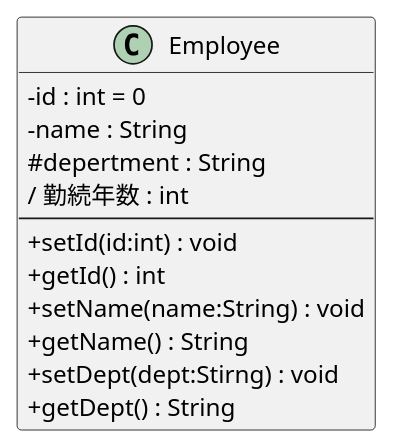
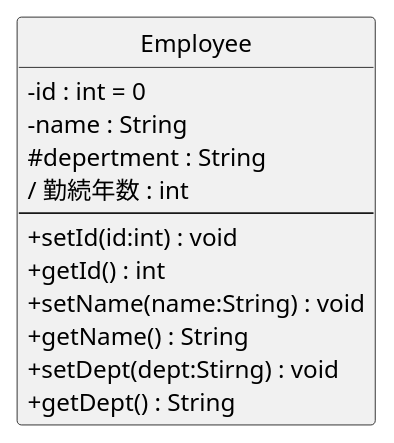
The diagram in 図3-1_クラスの種類.pu (yoshidasen/uml-introduction), drawn with PlantUML before and after one commit.

Commit message:
丸Cの消し方の追記

```diff
--- a/図3-1_クラスの種類.pu
+++ b/図3-1_クラスの種類.pu
@@ -1,39 +1,41 @@
 @startuml class
-    ' 可視性をアイコンにしないオプション
+    ' ↓可視性をアイコンにしないオプション
     skinparam classAttributeIconSize 0
-    
     ' class A <<stereotype>> {}
 
     ' class B {
     '     - 属性1 : int
     '     - 属性2 : String
     ' }
 
     ' class C {
     '     ---
     '     + 操作1() : void
     '     + 操作2() : String
     ' }
 
     ' class D {
     '     - 属性1 : int
     '     - 属性2 : String
     '     ---
     '     +操作1() : void
     '     +操作2() : String
     ' }
 
     class Employee {
         - id : int = 0
         - name : String
         # depertment : String
         / 勤続年数 : int
         ---
         + setId(id:int) : void
         + getId() : int
         + setName(name:String) : void
         + getName() : String
         + setDept(dept:Stirng) : void
         + getDept() : String
     }
+
+    ' ↓丸Cが消える
+    hide Employee circle
 @enduml
```
